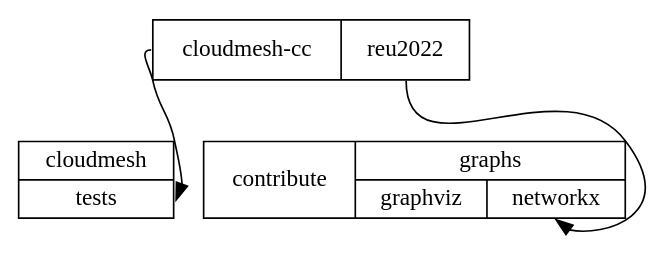
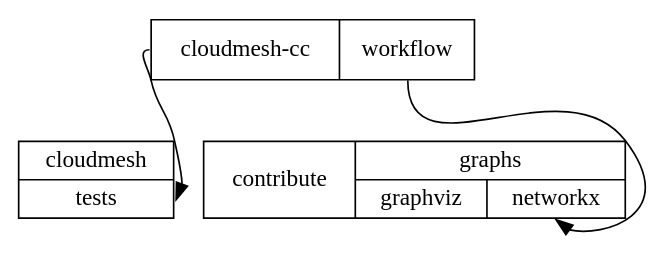
One commit to cybertraining-dsc/reu2022 changed the diagram in project/graphs/graphs-graphviz/examples/structure-graphviz.gv. Above: the diagram before and after it, drawn with Graphviz. The commit also changed 5 other files, not shown here.

```diff
--- a/project/graphs/graphs-graphviz/examples/structure-graphviz.gv
+++ b/project/graphs/graphs-graphviz/examples/structure-graphviz.gv
@@ -1,8 +1,8 @@
 digraph "files in directories" {
 	node [shape=record]
-	s1 [label="<d1> cloudmesh-cc | <d2> reu2022"]
+	s1 [label="<d1> cloudmesh-cc | <d2> workflow"]
 	s2 [label="{<d1> cloudmesh | <d2> tests}"]
 	s3 [label="<d1> contribute | {<d2> graphs |{<d3> graphviz | <d4> networkx}}"]
 	s1:d1 -> s2:d2
 	s1:d2 -> s3:d4
 }
```
